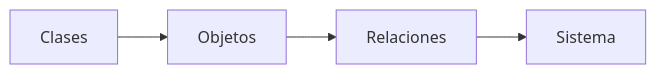
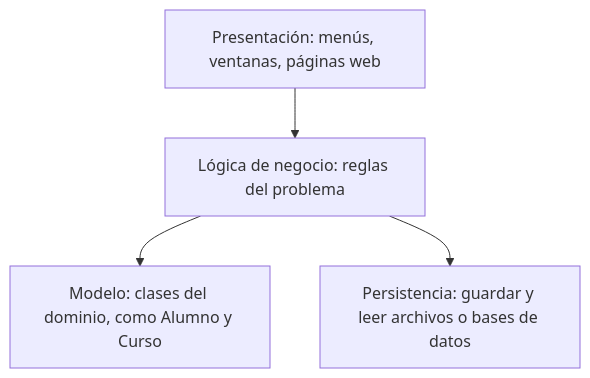
The second of 2 diagrams in public/documents/semester-1/3/1323.md (djaimej/computer-science-template), drawn with Mermaid before and after one commit. The commit also changed other lines of this file and 4 other files, not shown here.

````diff
--- a/public/documents/semester-1/3/1323.md
+++ b/public/documents/semester-1/3/1323.md
@@ -15,4 +130,6 @@
 ```mermaid
-flowchart LR
-  CL["Clases"] --> O["Objetos"] --> R["Relaciones"] --> S["Sistema"]
+flowchart TB
+  V["Presentación: menús, ventanas, páginas web"] --> S["Lógica de negocio: reglas del problema"]
+  S --> M["Modelo: clases del dominio, como Alumno y Curso"]
+  S --> P["Persistencia: guardar y leer archivos o bases de datos"]
 ```
````
